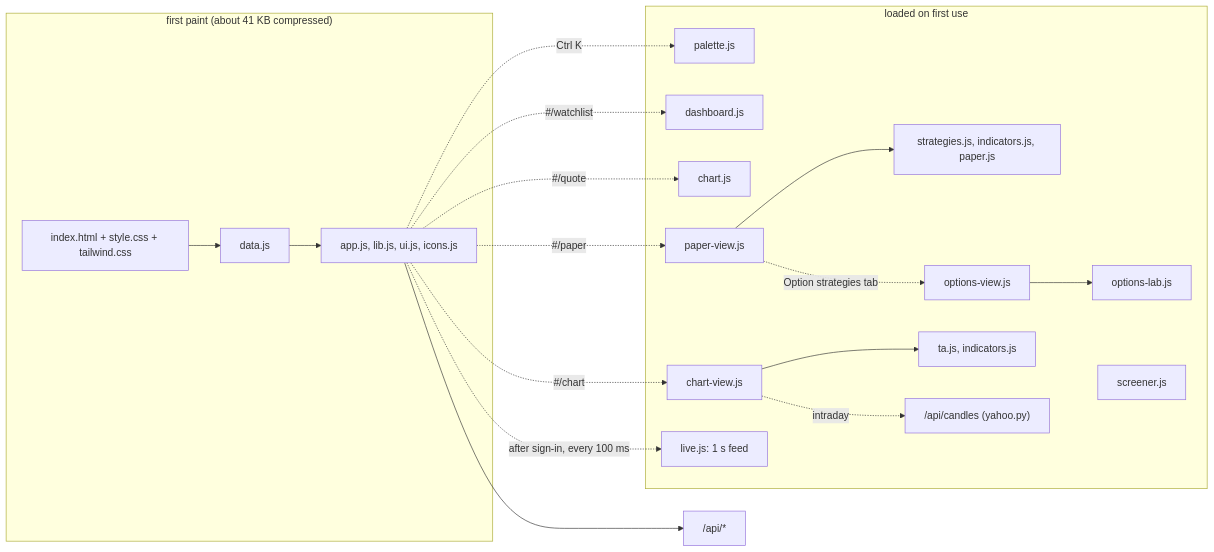
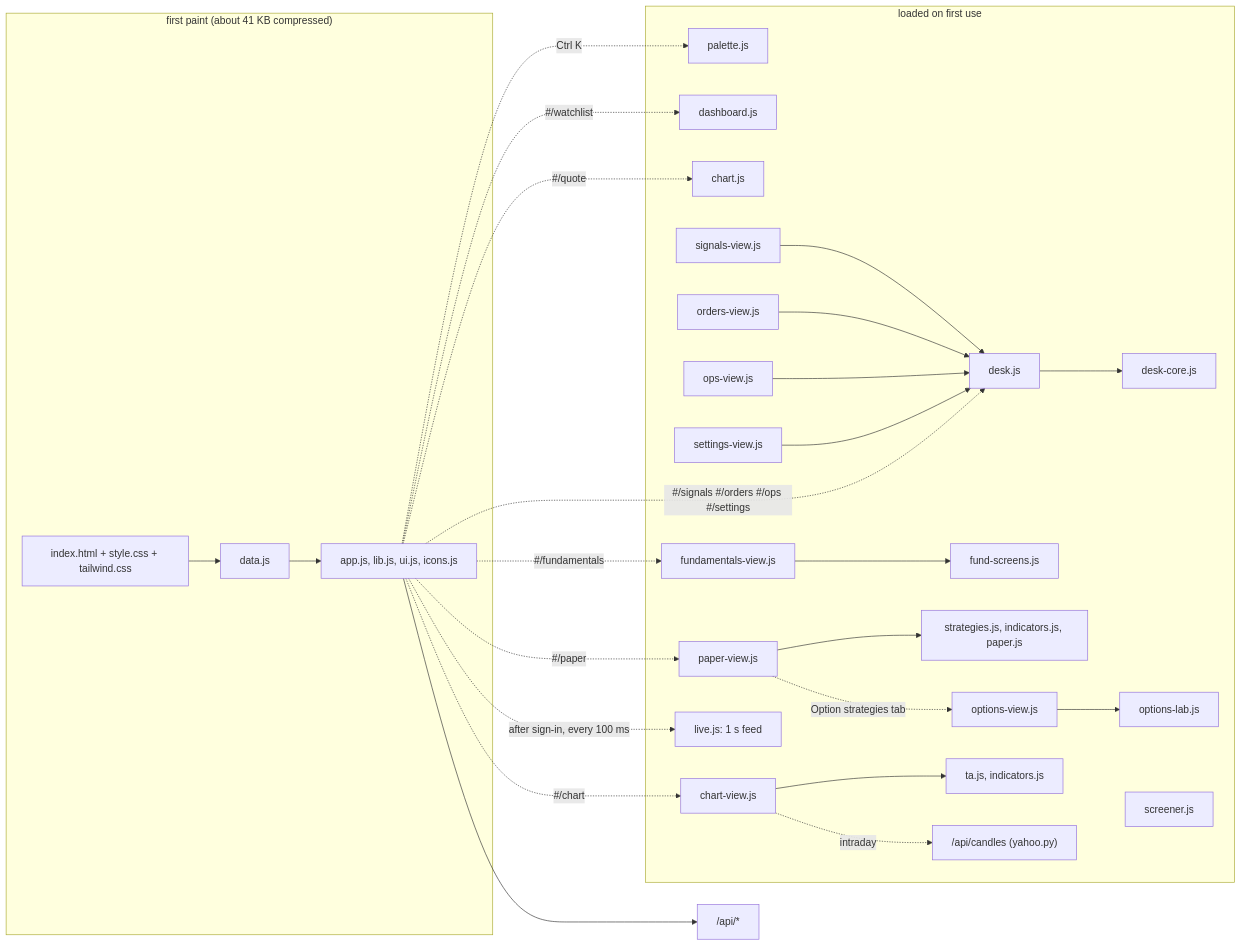
Before and after one commit to akash-8991/rea_marketwatch_app: the third of 3 diagrams in docs/ARCHITECTURE.md, drawn with Mermaid. The commit also changed 39 other files, not shown here.

First line of the commit message:
Terminal theme, trading desk (signals, risk engine, orders, operator), fundamentals, Settings with a Zerodha connection, 65 stock strategies

````diff
--- a/docs/ARCHITECTURE.md
+++ b/docs/ARCHITECTURE.md
@@ -93,16 +93,18 @@
 ```mermaid
 flowchart LR
   subgraph Eager["first paint (about 41 KB compressed)"]
     A[index.html + style.css + tailwind.css] --> B[data.js] --> C[app.js, lib.js, ui.js, icons.js]
   end
   subgraph Lazy["loaded on first use"]
-    P[palette.js] ; D[dashboard.js] ; H[chart.js] ; Pp[paper-view.js] --> S[strategies.js, indicators.js, paper.js] ; Pp -. "Option strategies tab" .-> Ov[options-view.js] --> Ol[options-lab.js] ; Cv[chart-view.js] --> Ta[ta.js, indicators.js] ; Cv -. "intraday" .-> Yh["/api/candles (yahoo.py)"] ; Lv[live.js: 1 s feed] ; Sc[screener.js]
+    P[palette.js] ; D[dashboard.js] ; H[chart.js] ; Dk[desk.js] --> Dc[desk-core.js] ; Sg[signals-view.js] --> Dk ; Od[orders-view.js] --> Dk ; Op[ops-view.js] --> Dk ; St[settings-view.js] --> Dk ; Fv[fundamentals-view.js] --> Fs[fund-screens.js] ; Pp[paper-view.js] --> S[strategies.js, indicators.js, paper.js] ; Pp -. "Option strategies tab" .-> Ov[options-view.js] --> Ol[options-lab.js] ; Cv[chart-view.js] --> Ta[ta.js, indicators.js] ; Cv -. "intraday" .-> Yh["/api/candles (yahoo.py)"] ; Lv[live.js: 1 s feed] ; Sc[screener.js]
   end
   C -. "Ctrl K" .-> P
   C -. "#/watchlist" .-> D
   C -. "#/quote" .-> H
   C -. "#/paper" .-> Pp
   C -. "#/chart" .-> Cv
+  C -. "#/signals #/orders #/ops #/settings" .-> Dk
+  C -. "#/fundamentals" .-> Fv
   C -. "after sign-in, every 100 ms" .-> Lv
   C --> API["/api/*"]
 ```
````
